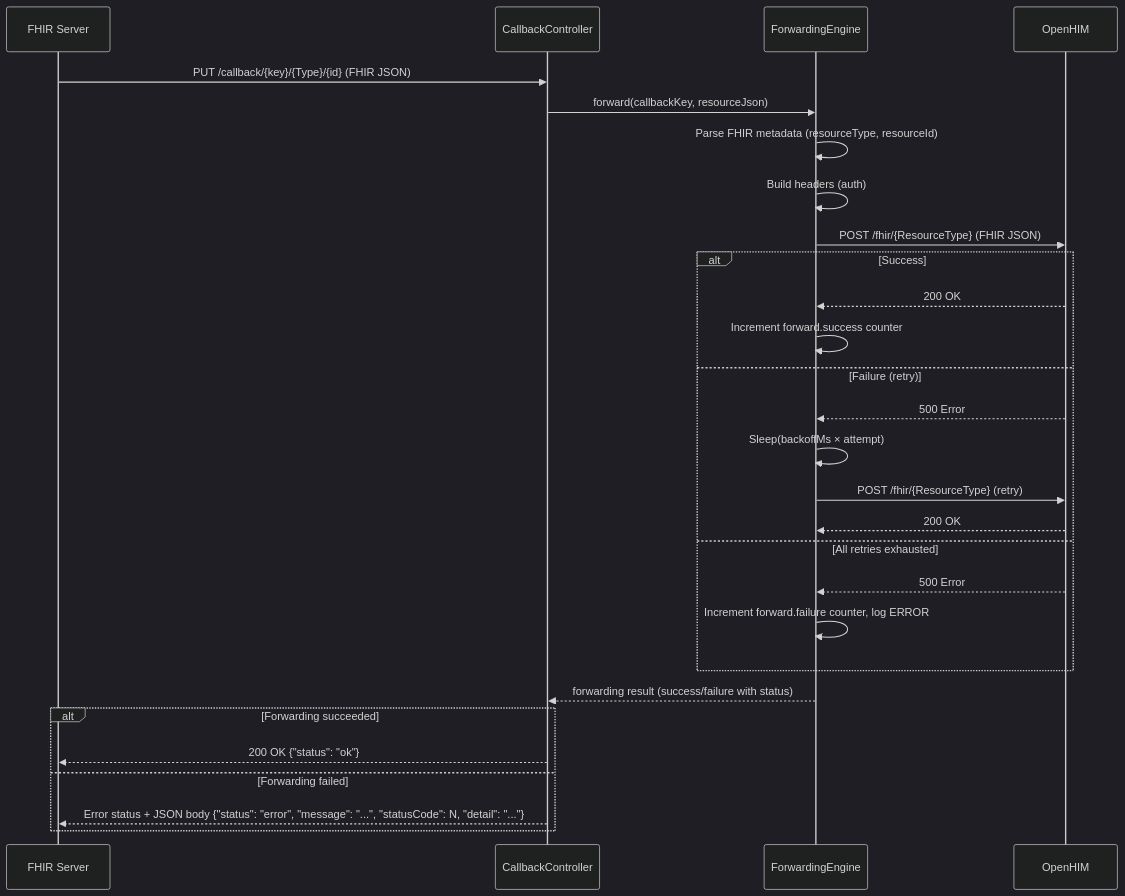
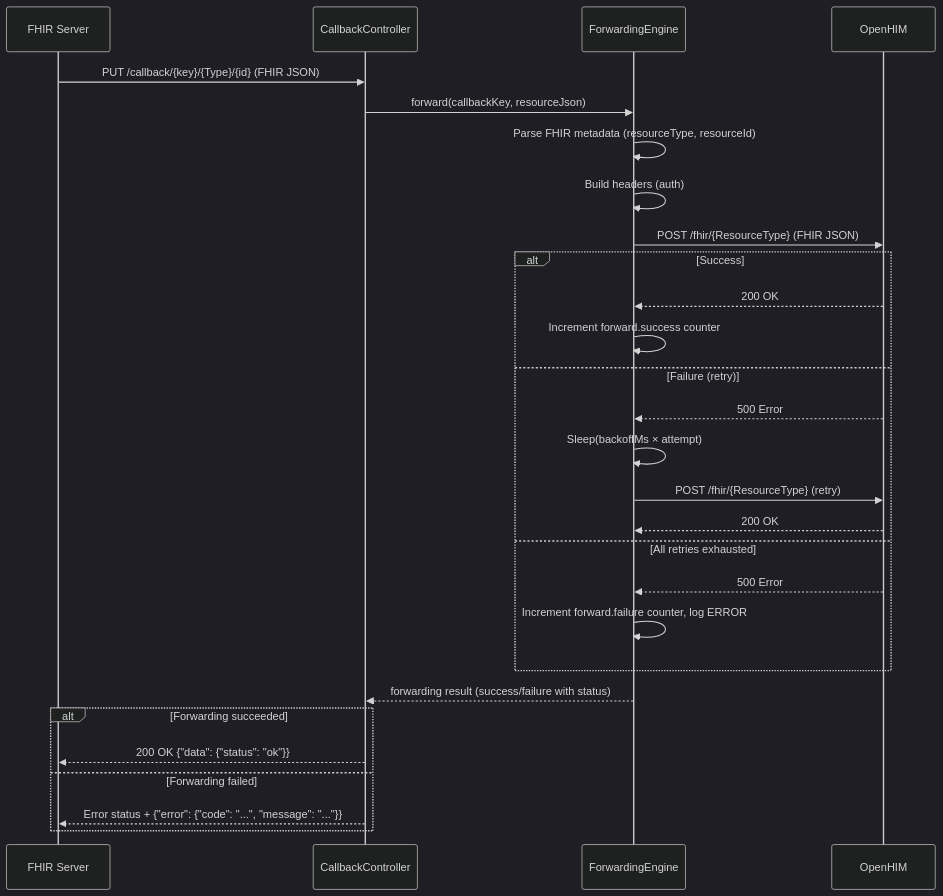
Before and after one commit to ishashankakkasali/fhir-cce-emitter-adaptor: the second of 2 diagrams in docs/architecture.md, drawn with Mermaid (dark theme). The commit also changed other lines of this file and 19 other files, not shown here.

````diff
--- a/docs/architecture.md
+++ b/docs/architecture.md
@@ -284,31 +284,31 @@
 ```mermaid
 sequenceDiagram
     participant FS as FHIR Server
     participant CB as CallbackController
     participant FE as ForwardingEngine
     participant T as OpenHIM
 
     FS->>CB: PUT /callback/{key}/{Type}/{id} (FHIR JSON)
     CB->>FE: forward(callbackKey, resourceJson)
     FE->>FE: Parse FHIR metadata (resourceType, resourceId)
     FE->>FE: Build headers (auth)
     FE->>T: POST /fhir/{ResourceType} (FHIR JSON)
     alt Success
         T-->>FE: 200 OK
         FE->>FE: Increment forward.success counter
     else Failure (retry)
         T-->>FE: 500 Error
         FE->>FE: Sleep(backoffMs × attempt)
         FE->>T: POST /fhir/{ResourceType} (retry)
         T-->>FE: 200 OK
     else All retries exhausted
         T-->>FE: 500 Error
         FE->>FE: Increment forward.failure counter, log ERROR
     end
     FE-->>CB: forwarding result (success/failure with status)
     alt Forwarding succeeded
-        CB-->>FS: 200 OK {"status": "ok"}
+        CB-->>FS: 200 OK {"data": {"status": "ok"}}
     else Forwarding failed
-        CB-->>FS: Error status + JSON body {"status": "error", "message": "...", "statusCode": N, "detail": "..."}
+        CB-->>FS: Error status + {"error": {"code": "...", "message": "..."}}
     end
 ```
````
